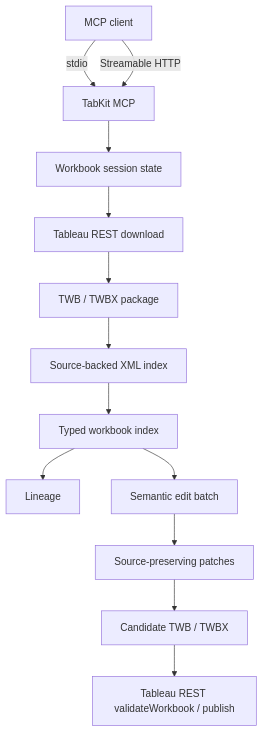
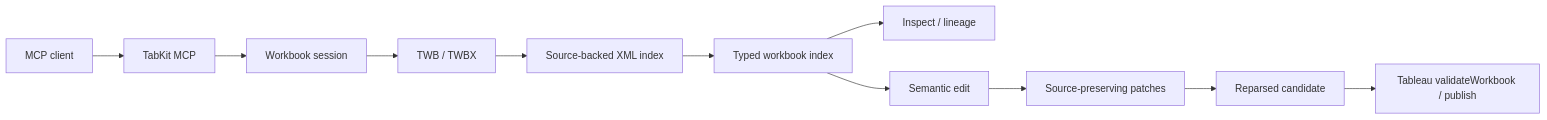
One commit to agredyaev/tabkit changed the first of 3 diagrams in docs/ARCHITECTURE.md. Above: the diagram before and after it, drawn with Mermaid. The commit also changed other lines of this file and 11 other files, not shown here.

````diff
--- a/docs/ARCHITECTURE.md
+++ b/docs/ARCHITECTURE.md
@@ -5,28 +17,13 @@
 ```mermaid
-flowchart TD
-    client["MCP client"]
-    mcp["TabKit MCP"]
-    state["Workbook session state"]
-    download["Tableau REST download"]
-    package["TWB / TWBX package"]
-    xml["Source-backed XML index"]
-    workbook["Typed workbook index"]
-    lineage["Lineage"]
-    edit["Semantic edit batch"]
-    patch["Source-preserving patches"]
-    candidate["Candidate TWB / TWBX"]
-    validate["Tableau REST validateWorkbook / publish"]
-
-    client -->|stdio| mcp
-    client -->|Streamable HTTP| mcp
-    mcp --> state
-    state --> download
-    download --> package
-    package --> xml
-    xml --> workbook
-    workbook --> lineage
-    workbook --> edit
-    edit --> patch
-    patch --> candidate
-    candidate --> validate
+flowchart LR
+    client["MCP client"] --> mcp["TabKit MCP"]
+    mcp --> session["Workbook session"]
+    session --> package["TWB / TWBX"]
+    package --> xml["Source-backed XML index"]
+    xml --> workbook["Typed workbook index"]
+    workbook --> inspect["Inspect / lineage"]
+    workbook --> edit["Semantic edit"]
+    edit --> patch["Source-preserving patches"]
+    patch --> candidate["Reparsed candidate"]
+    candidate --> tableau["Tableau validateWorkbook / publish"]
 ```
````
